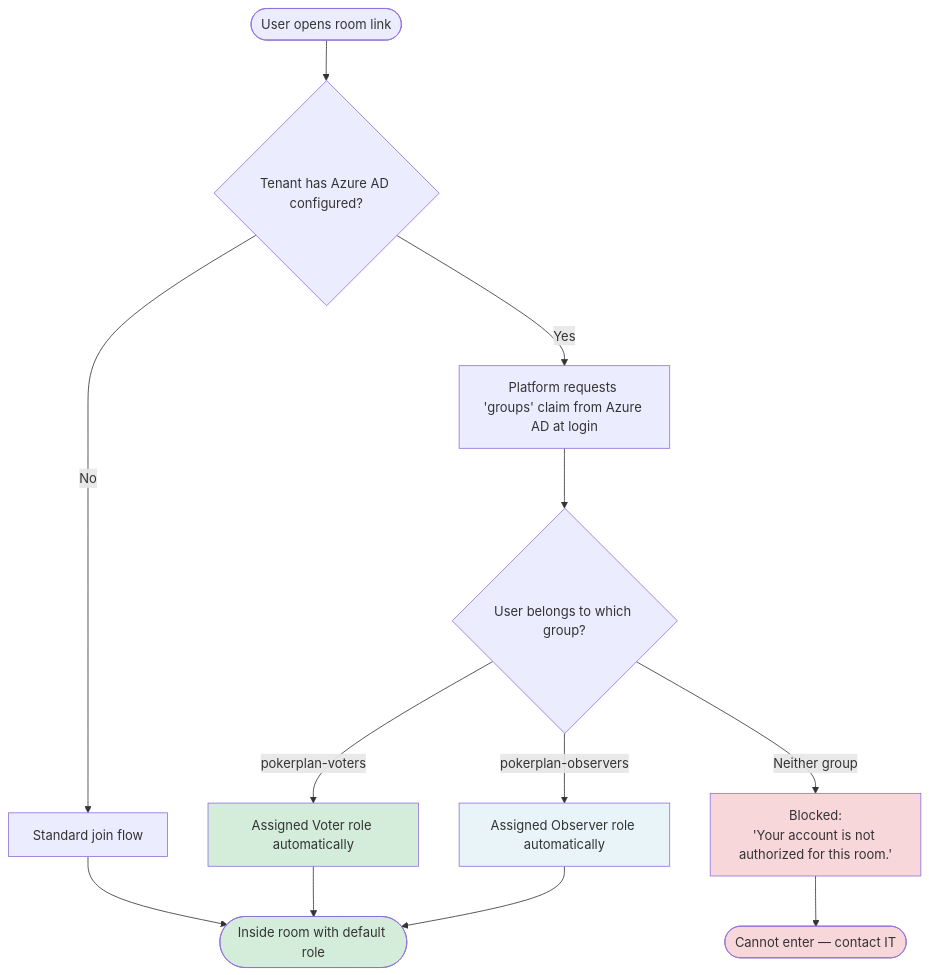
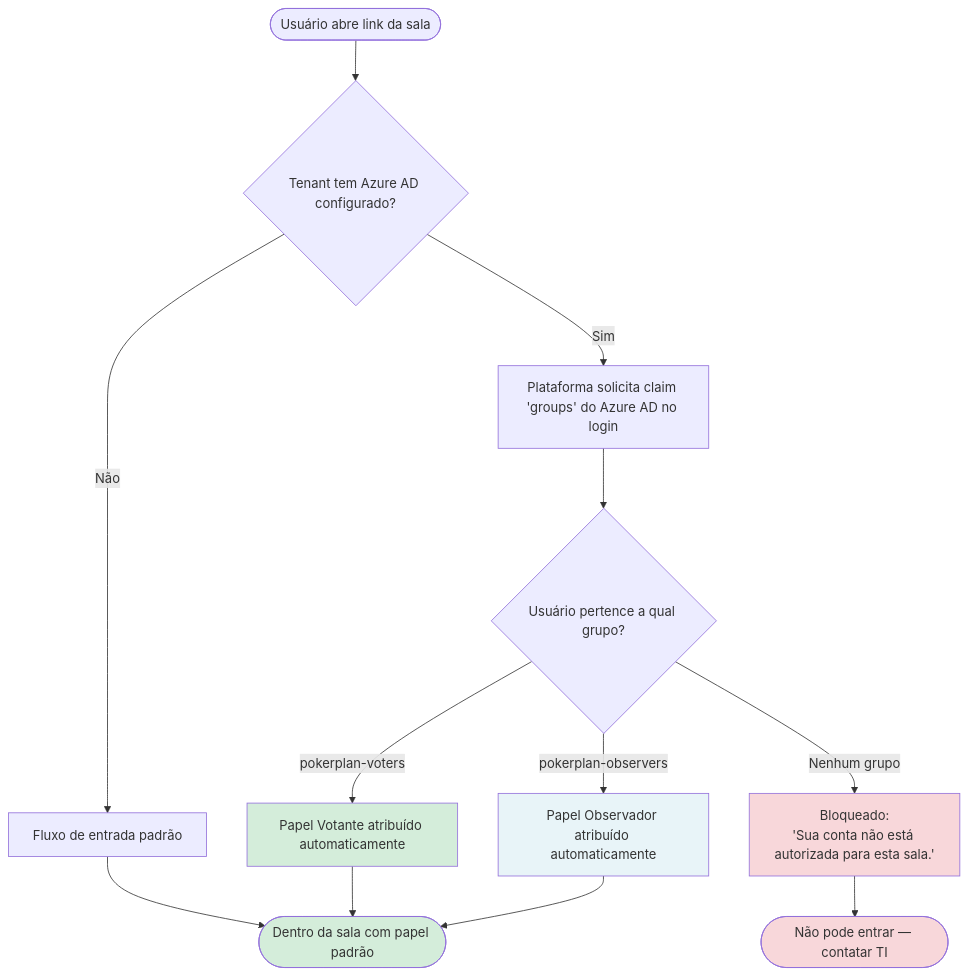
One commit to hugo-hsbtech/teamwork-process changed the sixth of 7 diagrams in case-poker/07.1-product-backlog-access-control.md. Above: the diagram before and after it, drawn with Mermaid. The commit also changed other lines of this file and 64 other files, not shown here.

````diff
--- a/case-poker/07.1-product-backlog-access-control.md
+++ b/case-poker/07.1-product-backlog-access-control.md
@@ -198,24 +198,24 @@
 ```mermaid
 flowchart TD
-    A([User opens room link]) --> B{Tenant has Azure AD configured?}
+    A([Usuário abre link da sala]) --> B{Tenant tem Azure AD configurado?}
 
-    B -- No --> C[Standard join flow]
-    C --> Z([Inside room with default role])
+    B -- Não --> C[Fluxo de entrada padrão]
+    C --> Z([Dentro da sala com papel padrão])
 
-    B -- Yes --> D[Platform requests 'groups' claim from Azure AD at login]
-    D --> E{User belongs to which group?}
+    B -- Sim --> D[Plataforma solicita claim 'groups' do Azure AD no login]
+    D --> E{Usuário pertence a qual grupo?}
 
-    E -- pokerplan-voters --> F[Assigned Voter role automatically]
-    E -- pokerplan-observers --> G[Assigned Observer role automatically]
-    E -- Neither group --> H[Blocked:\n'Your account is not authorized for this room.']
+    E -- pokerplan-voters --> F[Papel Votante atribuído automaticamente]
+    E -- pokerplan-observers --> G[Papel Observador atribuído automaticamente]
+    E -- Nenhum grupo --> H[Bloqueado:\n'Sua conta não está autorizada para esta sala.']
 
     F --> Z
     G --> Z
-    H --> I([Cannot enter — contact IT])
+    H --> I([Não pode entrar — contatar TI])
 
     style F fill:#d4edda
     style G fill:#e8f4f8
     style H fill:#f8d7da
     style I fill:#f8d7da
     style Z fill:#d4edda
 ```
````
